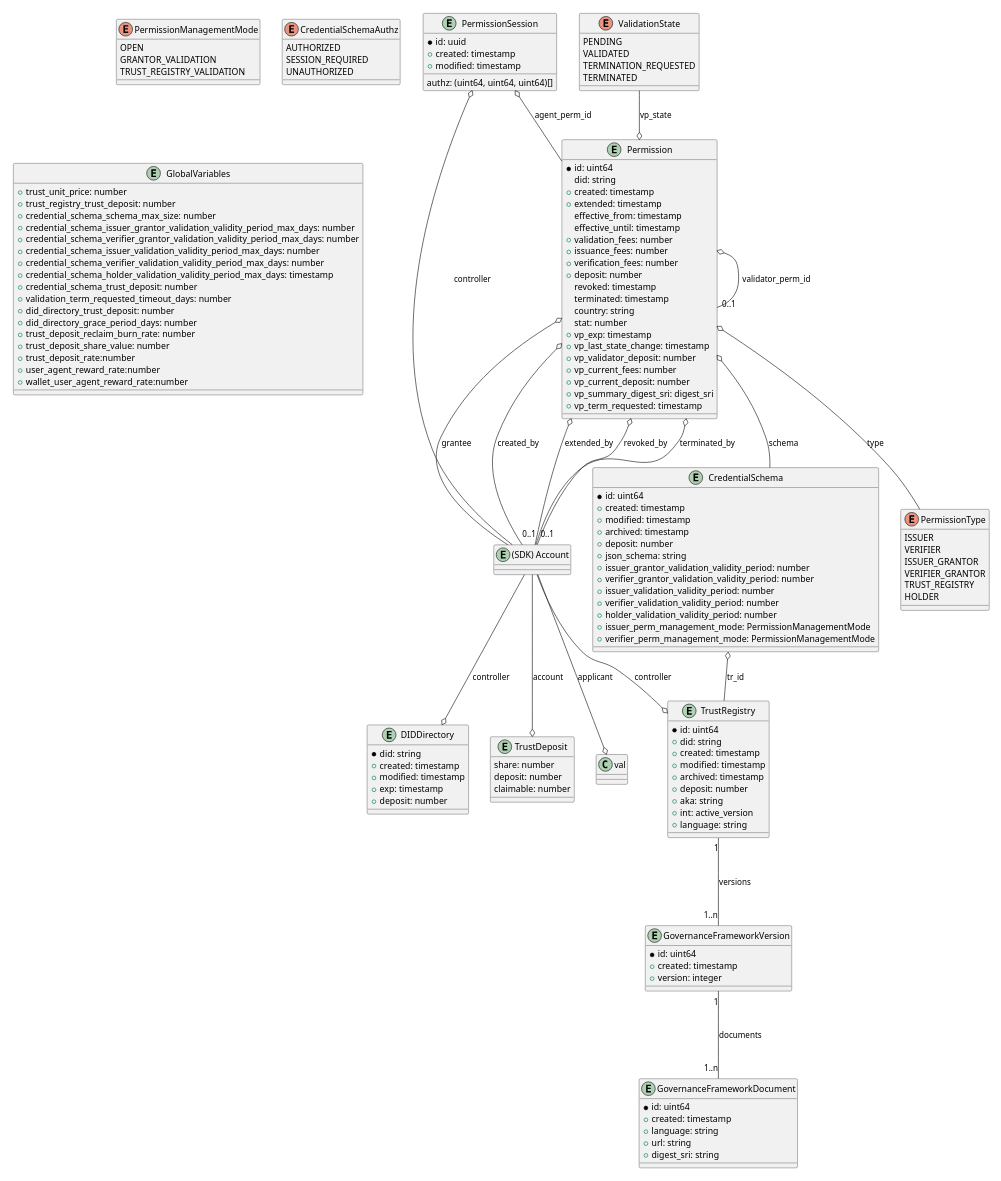
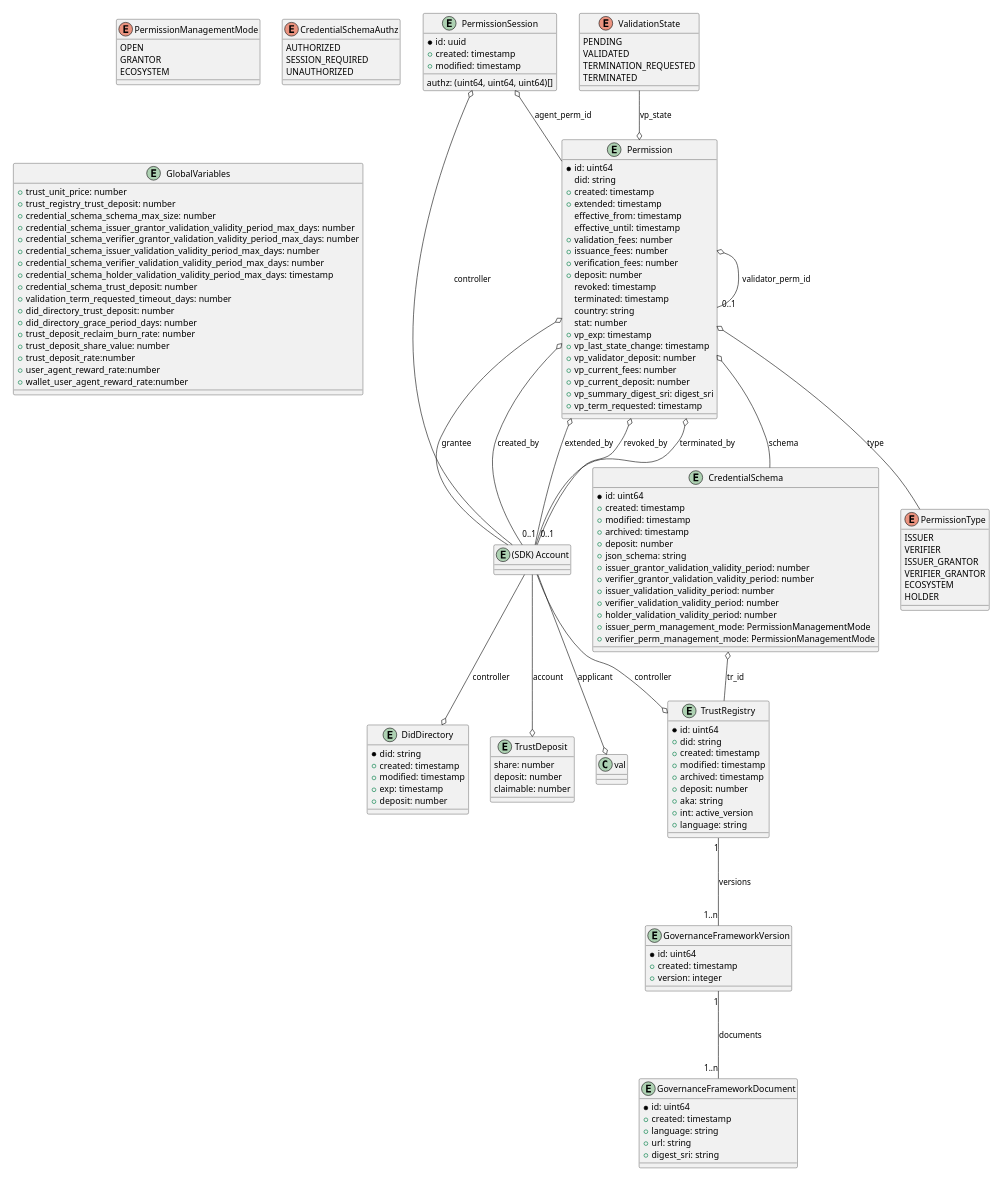
One commit to verana-labs/verifiable-trust-vpr-spec changed the eighth of 15 diagrams in spec.md. Above: the diagram before and after it, drawn with PlantUML. The commit also changed other lines of this file and 1 other file, not shown here.

```diff
--- a/spec.md
+++ b/spec.md
@@ -713,8 +830,8 @@
 
 enum "PermissionManagementMode" as cspm {
   OPEN
-  GRANTOR_VALIDATION
-  TRUST_REGISTRY_VALIDATION
+  GRANTOR
+  ECOSYSTEM
 }
 
 entity "(SDK) Account" as account {
@@ -763,7 +880,7 @@
   VERIFIER
   ISSUER_GRANTOR
   VERIFIER_GRANTOR
-  TRUST_REGISTRY
+  ECOSYSTEM
   HOLDER
 }
 
@@ -773,7 +890,7 @@
   UNAUTHORIZED
 }
 
-entity "DIDDirectory" as did {
+entity "DidDirectory" as did {
   *did: string
   +created: timestamp
   +modified: timestamp
```
